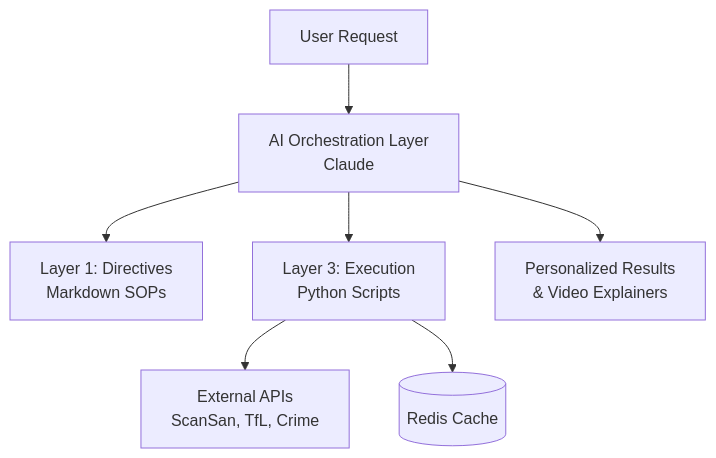
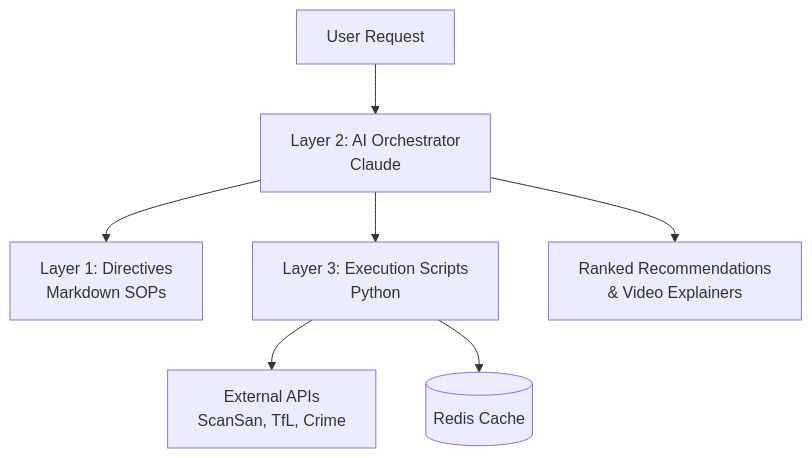
Before and after one commit to younis-y/RealTech-Hackathon: the diagram in README.md, drawn with Mermaid. The commit also changed other lines of this file, not shown here.

````diff
--- a/README.md
+++ b/README.md
@@ -40,14 +49,14 @@
 ```mermaid
 flowchart TD
-    User[User Request] --> Orchestrator[AI Orchestration Layer
+    User[User Request] --> Orchestrator[Layer 2: AI Orchestrator
 Claude]
     Orchestrator --> Directives[Layer 1: Directives
 Markdown SOPs]
-    Orchestrator --> Execution[Layer 3: Execution
-Python Scripts]
-    Execution --> APIs[External APIs
+    Orchestrator --> Execution[Layer 3: Execution Scripts
+Python]
+    Execution --> ExternalAPIs[External APIs
 ScanSan, TfL, Crime]
-    Execution --> Redis[(Redis Cache)]
-    Orchestrator --> Output[Personalized Results
+    Execution --> Cache[(Redis Cache)]
+    Orchestrator --> Output[Ranked Recommendations
 & Video Explainers]
 ```
````
